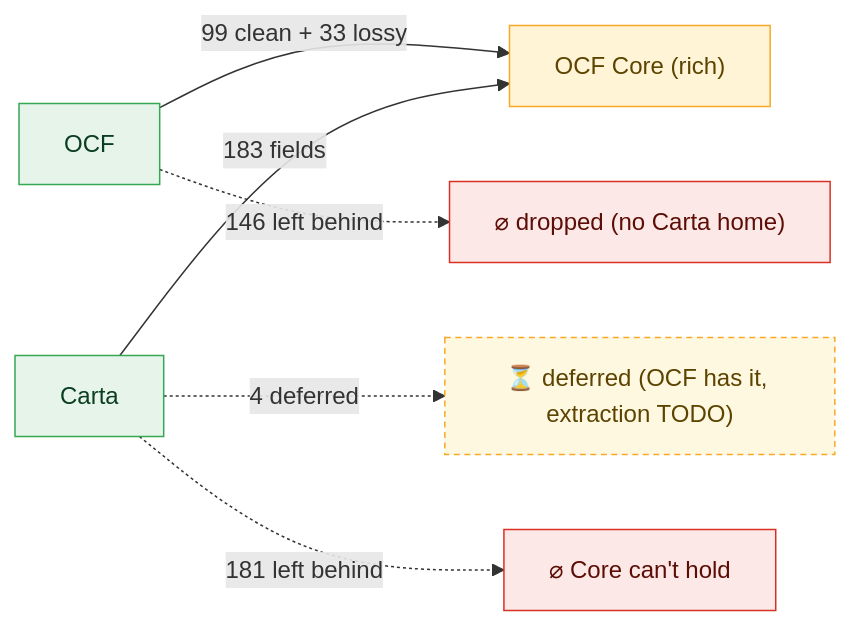
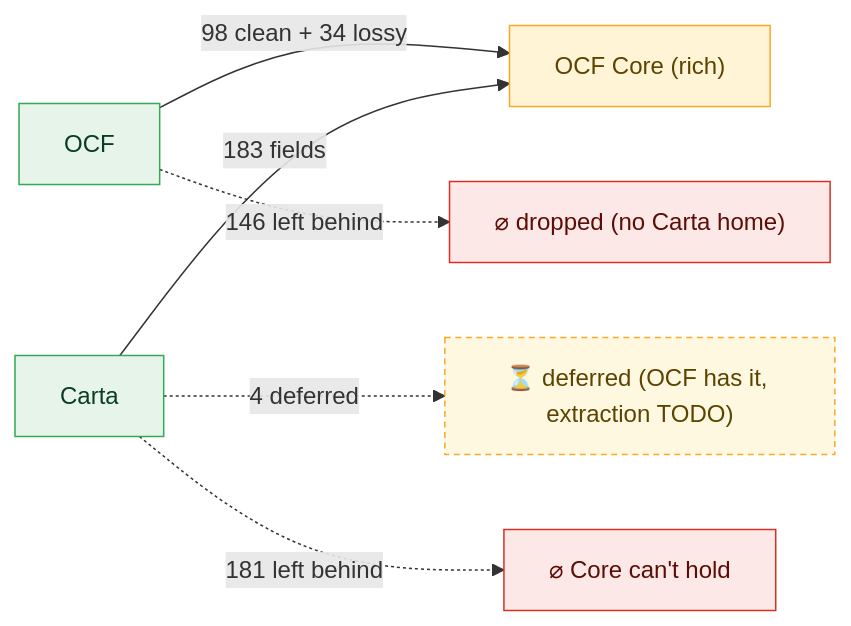
Before and after one commit to Open-Cap-Table-Coalition/OCF-Composed-Schemas: the first of 47 diagrams in docs/core-bidirectional-flow.md, drawn with Mermaid. The commit also changed other lines of this file and 140 other files, not shown here.

````diff
--- a/docs/core-bidirectional-flow.md
+++ b/docs/core-bidirectional-flow.md
@@ -11,13 +11,13 @@
 ```mermaid
 flowchart LR
   classDef core fill:#fff4d6,stroke:#f9a825,color:#5c4400;
   classDef in fill:#e6f4ea,stroke:#34a853,color:#0b3d20;
   classDef out fill:#fce8e6,stroke:#d93025,color:#5c0d06;
   classDef defer fill:#fff8e1,stroke:#f9a825,color:#5c4400,stroke-dasharray:4 3;
-  OCF["OCF"]:::in -->|"99 clean + 33 lossy"| CORE
+  OCF["OCF"]:::in -->|"98 clean + 34 lossy"| CORE
   OCF -.->|"146 left behind"| ocfvoid["⌀ dropped (no Carta home)"]:::out
   CORE["OCF Core (rich)"]:::core
   Carta["Carta"]:::in -->|"183 fields"| CORE
   Carta -.->|"4 deferred"| deferbox["⏳ deferred (OCF has it, extraction TODO)"]:::defer
   Carta -.->|"181 left behind"| cartavoid["⌀ Core can't hold"]:::out
 ```
````
